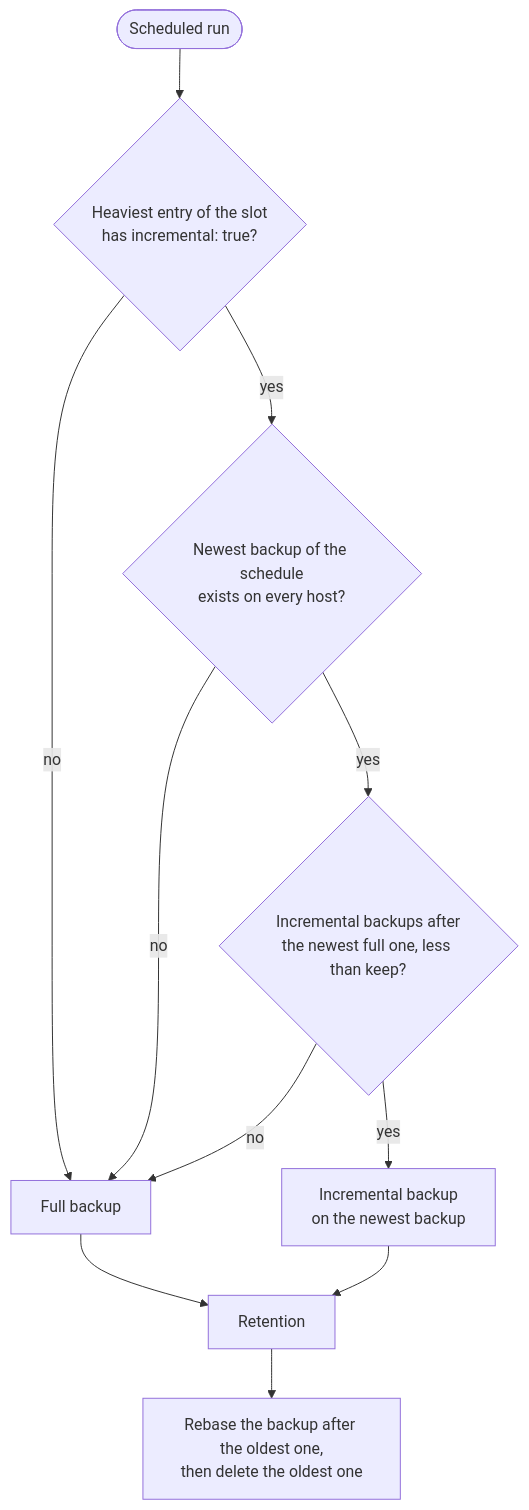
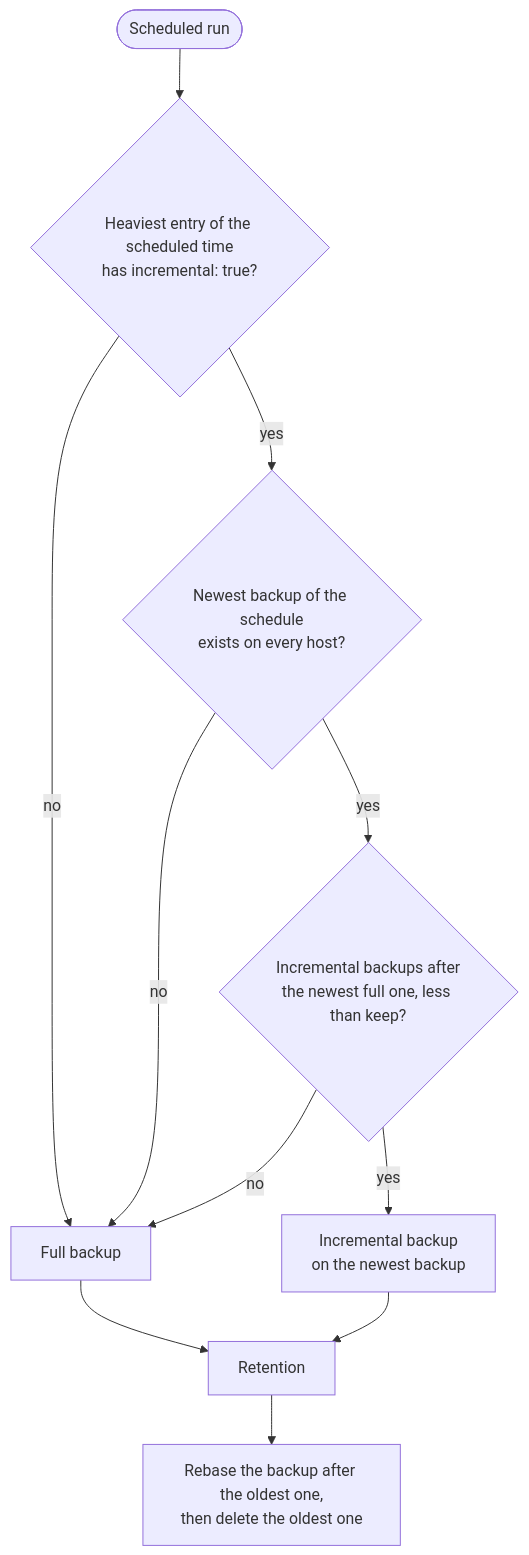
Before and after one commit to Altinity/clickhouse-operator: the first of 2 diagrams in docs/backup-internals.md, drawn with Mermaid. The commit also changed other lines of this file and 44 other files, not shown here.

Commit message:
Backup: say scheduled time instead of due time and slot

````diff
--- a/docs/backup-internals.md
+++ b/docs/backup-internals.md
@@ -1747,13 +1750,13 @@
 ```mermaid
 flowchart TD
-    run([Scheduled run]) --> heavy{Heaviest entry of the slot<br/>has incremental: true?}
+    run([Scheduled run]) --> heavy{Heaviest entry of the scheduled time<br/>has incremental: true?}
     heavy -- no --> full[Full backup]
     heavy -- yes --> base{Newest backup of the schedule<br/>exists on every host?}
     base -- no --> full
     base -- yes --> chain{Incremental backups after<br/>the newest full one, less than keep?}
     chain -- no --> full
     chain -- yes --> inc[Incremental backup<br/>on the newest backup]
     full --> ret[Retention]
     inc --> ret
     ret --> del[Rebase the backup after the oldest one,<br/>then delete the oldest one]
 ```
````
